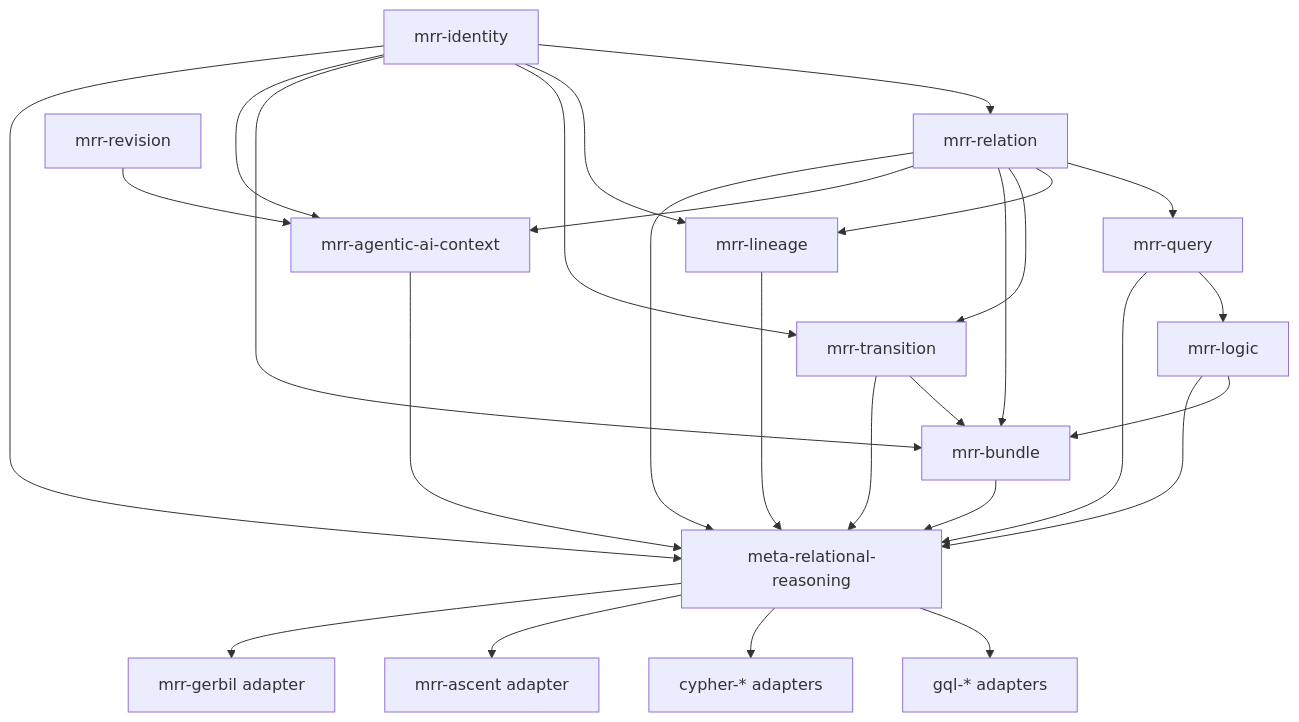
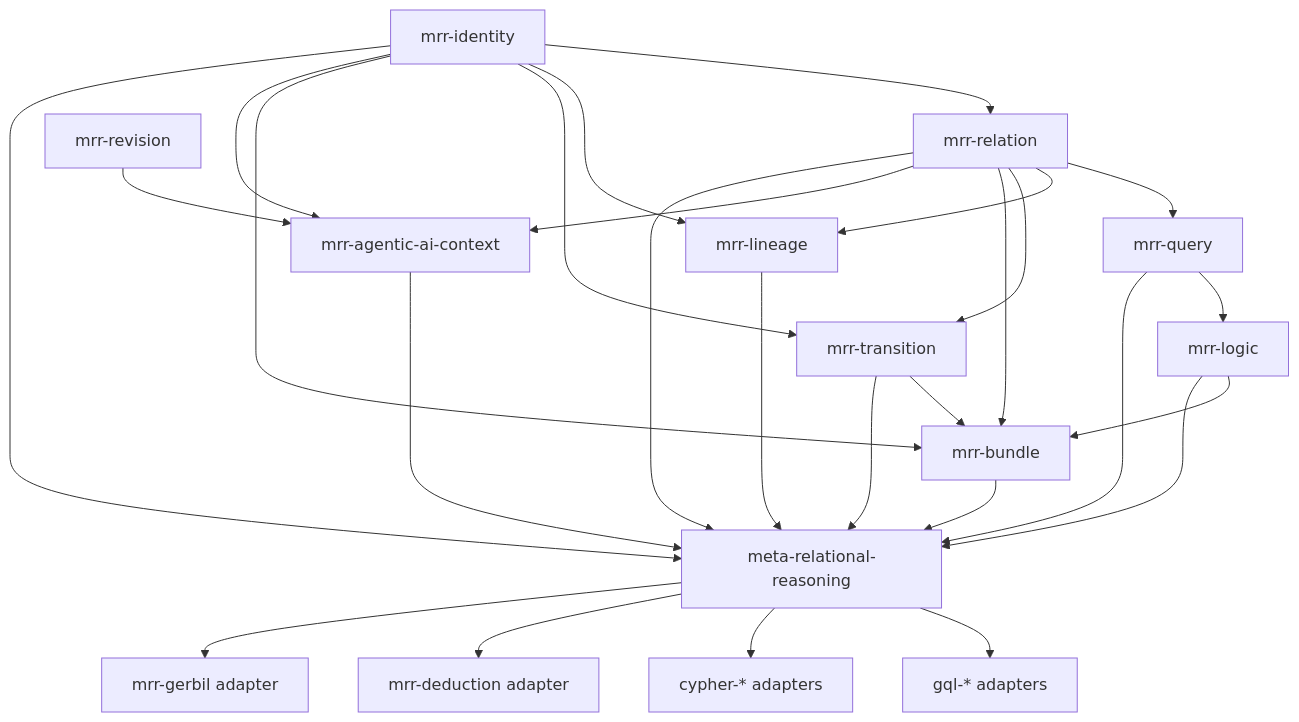
Before and after one commit to tao3k/meta-relational-reasoning: the diagram in docs/architecture/0001-mrr-workspace-ownership.org, drawn with Mermaid. The commit also changed other lines of this file and 51 other files, not shown here.

```diff
--- a/docs/architecture/0001-mrr-workspace-ownership.org
+++ b/docs/architecture/0001-mrr-workspace-ownership.org
@@ -27,29 +27,29 @@
 #+begin_src mermaid
 flowchart TD
     identity[mrr-identity] --> relation[mrr-relation]
     relation --> query[mrr-query]
     query --> logic[mrr-logic]
     identity --> lineage[mrr-lineage]
     relation --> lineage
     identity --> transition[mrr-transition]
     relation --> transition
     identity --> bundle[mrr-bundle]
     relation --> bundle
     identity --> context[mrr-agentic-ai-context]
     relation --> context
     revision[mrr-revision] --> context
     context --> facade
     logic --> bundle
     transition --> bundle
     bundle --> facade[meta-relational-reasoning]
     identity --> facade
     relation --> facade
     query --> facade
     logic --> facade
     lineage --> facade
     transition --> facade
     facade --> gql[gql-* adapters]
     facade --> cypher[cypher-* adapters]
-    facade --> ascent[mrr-ascent adapter]
+    facade --> ascent[mrr-deduction adapter]
     facade --> gerbil[mrr-gerbil adapter]
 #+end_src
```
